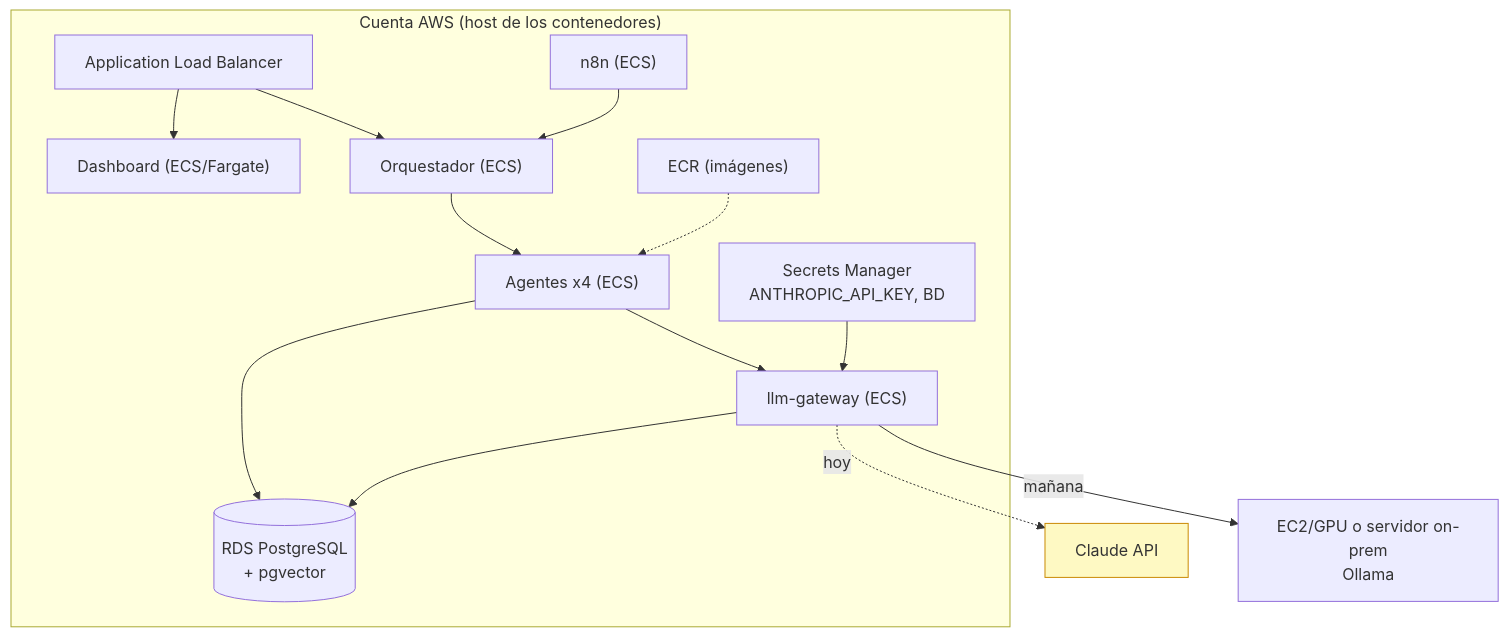
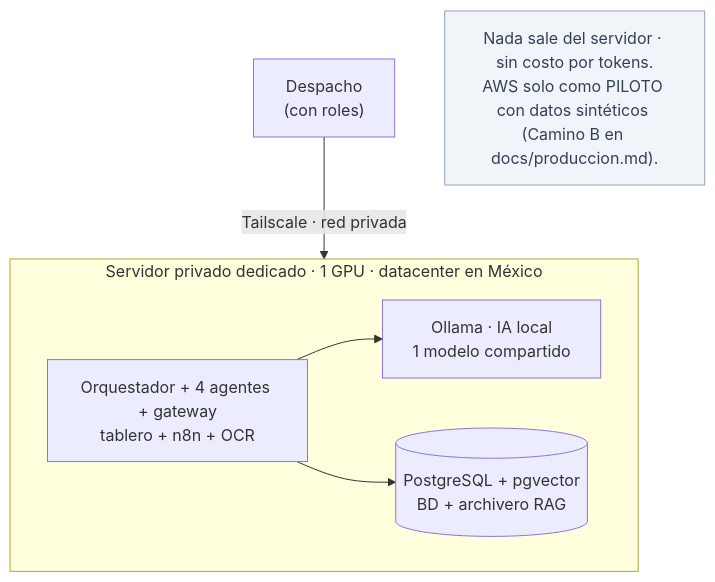
One commit to Richard7856/agentes_tai changed the sixth of 6 diagrams in docs/arquitectura.md. Above: the diagram before and after it, drawn with Mermaid. The commit also changed other lines of this file, not shown here.

First line of the commit message:
Actualiza diagramas: producción IA local + roles RBAC

````diff
--- a/docs/arquitectura.md
+++ b/docs/arquitectura.md
@@ -151,20 +192,17 @@
 ```mermaid
 flowchart TB
-    subgraph AWS["Cuenta AWS (host de los contenedores)"]
-        ALB["Application Load Balancer"] --> DASHc["Dashboard (ECS/Fargate)"]
-        ALB --> ORCHc["Orquestador (ECS)"]
-        ORCHc --> AGc["Agentes x4 (ECS)"]
-        AGc --> GWc["llm-gateway (ECS)"]
-        AGc --> RDS[("RDS PostgreSQL<br/>+ pgvector")]
-        GWc --> RDS
-        N8Nc["n8n (ECS)"] --> ORCHc
-        SM["Secrets Manager<br/>ANTHROPIC_API_KEY, BD"] --> GWc
-        ECR["ECR (imágenes)"] -.-> AGc
+    subgraph SRV["Servidor privado dedicado · 1 GPU · datacenter en México"]
+        APPS["Orquestador + 4 agentes + gateway<br/>tablero + n8n + OCR"]
+        OLL["Ollama · IA local<br/>1 modelo compartido"]
+        PGC[("PostgreSQL + pgvector<br/>BD + archivero RAG")]
+        APPS --> OLL
+        APPS --> PGC
     end
 
-    GWc -.->|"hoy"| CLAUDE["Claude API"]
-    GWc -->|"mañana"| GPU["EC2/GPU o servidor on-prem<br/>Ollama"]
+    USERS["Despacho<br/>(con roles)"] -->|"Tailscale · red privada"| SRV
 
-    classDef ext fill:#fef9c3,stroke:#ca8a04;
-    class CLAUDE ext;
+    NOTA["Nada sale del servidor · sin costo por tokens.<br/>AWS solo como PILOTO con datos sintéticos (Camino B en docs/produccion.md)."]
+
+    classDef nota fill:#f1f5f9,stroke:#94a3b8,color:#334155;
+    class NOTA nota;
 ```
````
